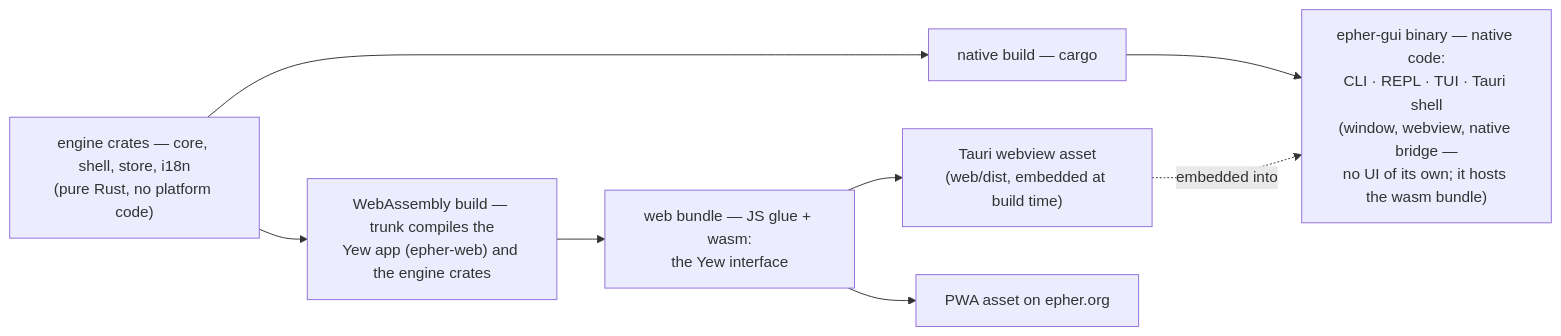
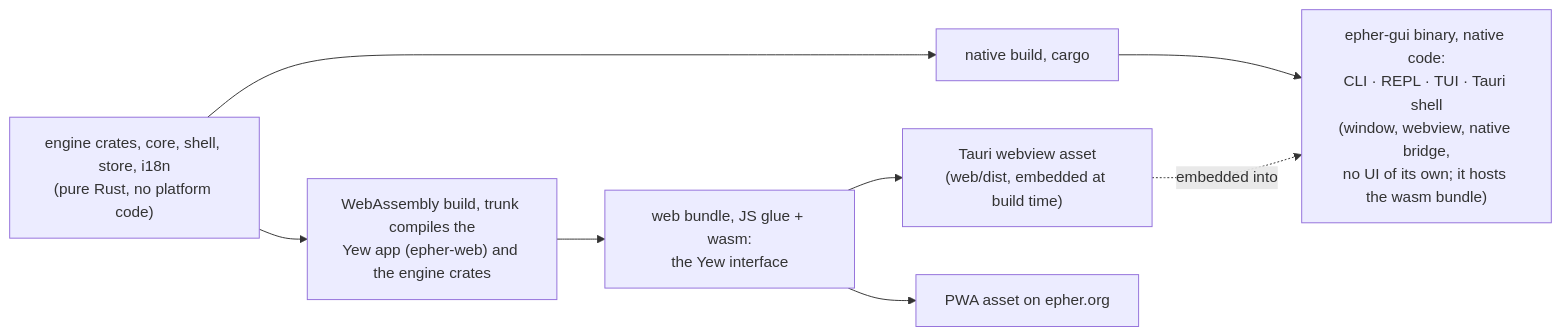
Before and after one commit to upyesp/epher: the second of 2 diagrams in docs/architecture.md, drawn with Mermaid. The commit also changed other lines of this file and 247 other files, not shown here.

````diff
--- a/docs/architecture.md
+++ b/docs/architecture.md
@@ -79,15 +79,15 @@
 ```mermaid
 flowchart LR
-    CORE["engine crates — core, shell, store, i18n<br/>(pure Rust, no platform code)"]
-    NAT["native build — cargo"]
-    BIN["epher-gui binary — native code:<br/>CLI · REPL · TUI · Tauri shell<br/>(window, webview, native bridge —<br/>no UI of its own; it hosts the wasm bundle)"]
-    WASM["WebAssembly build — trunk compiles the<br/>Yew app (epher-web) and the engine crates"]
-    WEB["web bundle — JS glue + wasm:<br/>the Yew interface"]
+    CORE["engine crates, core, shell, store, i18n<br/>(pure Rust, no platform code)"]
+    NAT["native build, cargo"]
+    BIN["epher-gui binary, native code:<br/>CLI · REPL · TUI · Tauri shell<br/>(window, webview, native bridge,<br/>no UI of its own; it hosts the wasm bundle)"]
+    WASM["WebAssembly build, trunk compiles the<br/>Yew app (epher-web) and the engine crates"]
+    WEB["web bundle, JS glue + wasm:<br/>the Yew interface"]
     DESK["Tauri webview asset<br/>(web/dist, embedded at build time)"]
     PWA["PWA asset on epher.org"]
     CORE --> NAT --> BIN
     CORE --> WASM --> WEB
     WEB --> DESK
     DESK -.->|embedded into| BIN
     WEB --> PWA
 ```
````
